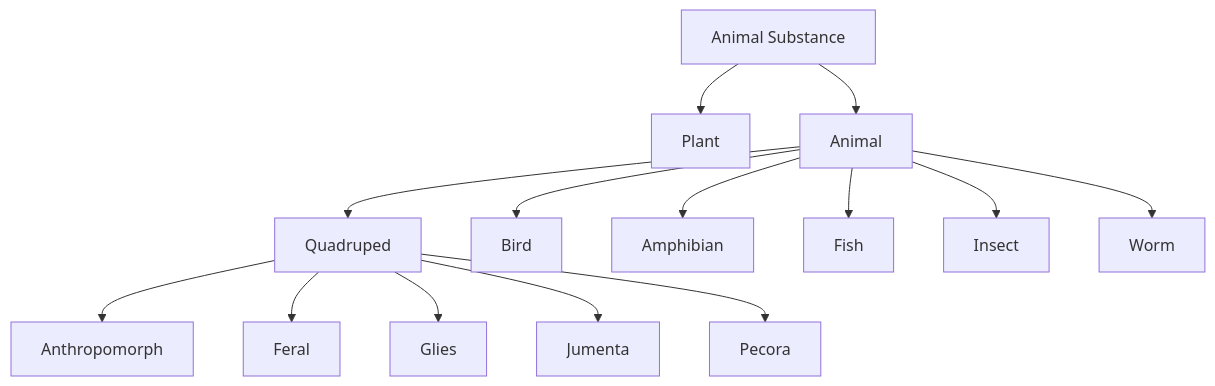
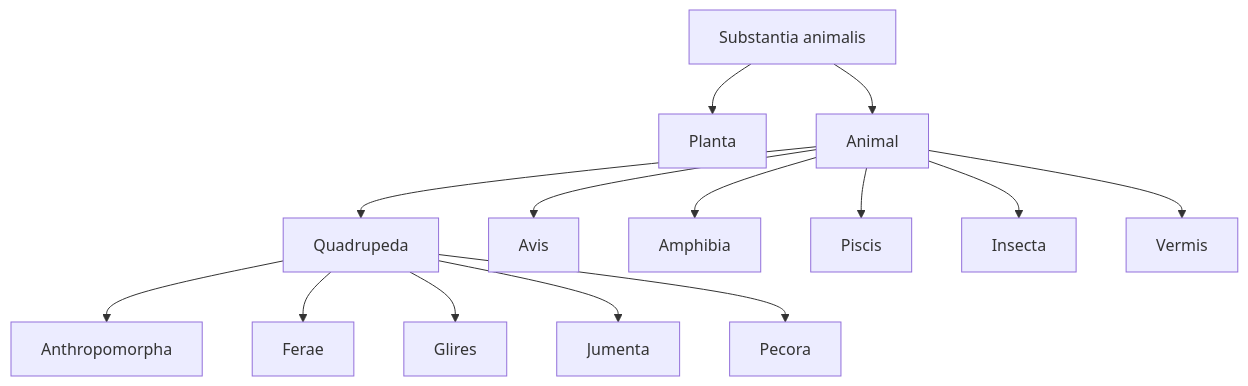
One commit to EvstigneevM/NKF_GAUGN changed the first of 5 diagrams in Handouts/Week_3/Handout_3.md. Above: the diagram before and after it, drawn with Mermaid. The commit also changed other lines of this file, not shown here.

Commit message:
1.1.1. 'handout 3'

````diff
--- a/Handouts/Week_3/Handout_3.md
+++ b/Handouts/Week_3/Handout_3.md
@@ -24,16 +24,16 @@
 ```mermaid
 graph TD
-    AnimalSubstance["Animal Substance"] --> Plant["Plant"]
-    AnimalSubstance --> Animal["Animal"]
-    Animal --> Quadruped["Quadruped"]
-    Animal --> Bird["Bird"]
-    Animal --> Amphibian["Amphibian"]
-    Animal --> Fish["Fish"]
-    Animal --> Insect["Insect"]
-    Animal --> Worm["Worm"]
-    Quadruped --> Anthropomorph["Anthropomorph"]
-    Quadruped --> Feral["Feral"]
-    Quadruped --> Glies["Glies"]
-    Quadruped --> Jumenta["Jumenta"]
-    Quadruped --> Pecora["Pecora"]
+    SubstantiaAnimalis["Substantia animalis"] --> Planta["Planta"]
+    SubstantiaAnimalis --> Animal["Animal"]
+    Animal --> Quadrupeda["Quadrupeda"]
+    Animal --> Avis["Avis"]
+    Animal --> Amphibia["Amphibia"]
+    Animal --> Piscis["Piscis"]
+    Animal --> Insecta["Insecta"]
+    Animal --> Vermis["Vermis"]
+    Quadrupeda --> Anthropomorpha["Anthropomorpha"]
+    Quadrupeda --> Ferae["Ferae"]
+    Quadrupeda --> Glires["Glires"]
+    Quadrupeda --> Jumenta["Jumenta"]
+    Quadrupeda --> Pecora["Pecora"]
 ```
````
